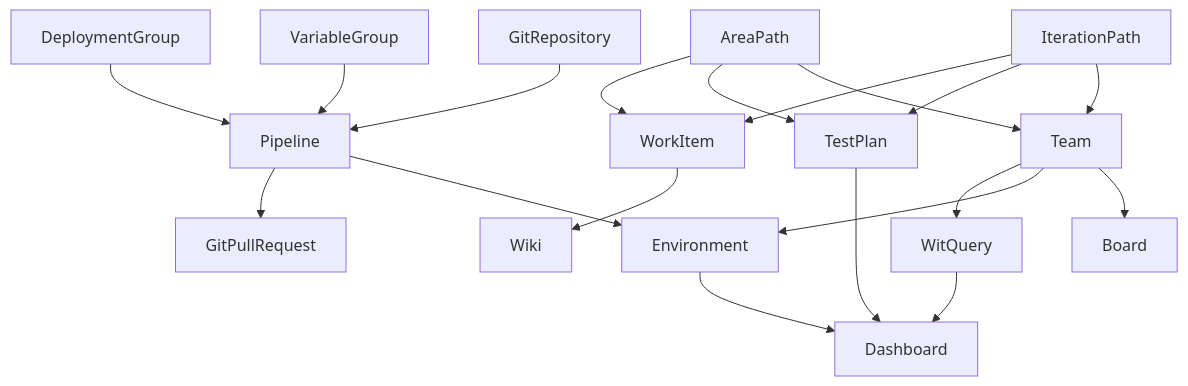
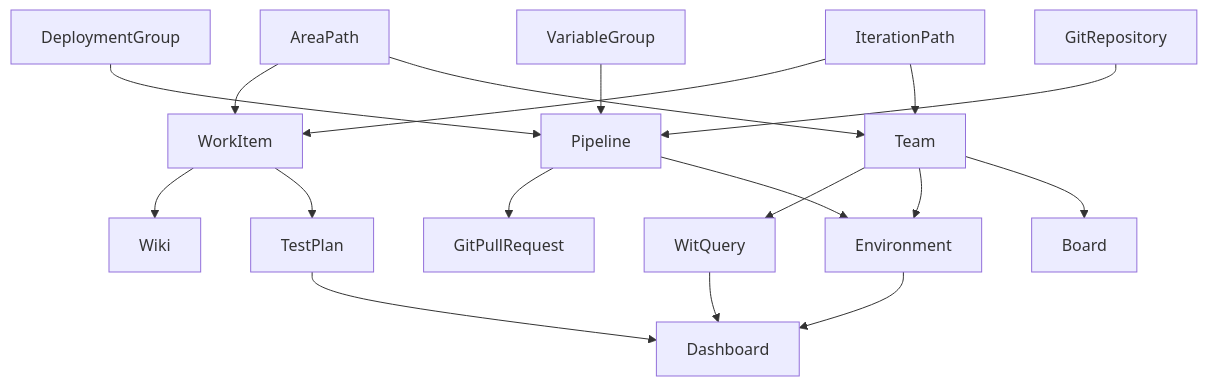
One commit to solidify/azure-devops-backup-tool-docs changed the diagram in order-of-adapter-dependencies.md. Above: the diagram before and after it, drawn with Mermaid.

````diff
--- a/order-of-adapter-dependencies.md
+++ b/order-of-adapter-dependencies.md
@@ -11,21 +11,20 @@
 ```mermaid
 graph TD;
   DeploymentGroup-->Pipeline;
   VariableGroup-->Pipeline;
   GitRepository-->Pipeline;
   AreaPath-->WorkItem;
   IterationPath-->WorkItem;
   WorkItem-->Wiki;
-  AreaPath-->TestPlan;
-  IterationPath-->TestPlan;
+  WorkItem-->TestPlan;
   AreaPath-->Team;
   IterationPath-->Team;
   Team-->WitQuery
   Pipeline-->GitPullRequest;
   Team-->Environment;
   Pipeline-->Environment;
   Team-->Board;
   Environment-->Dashboard;
   WitQuery-->Dashboard;
   TestPlan-->Dashboard;
 ```
````
